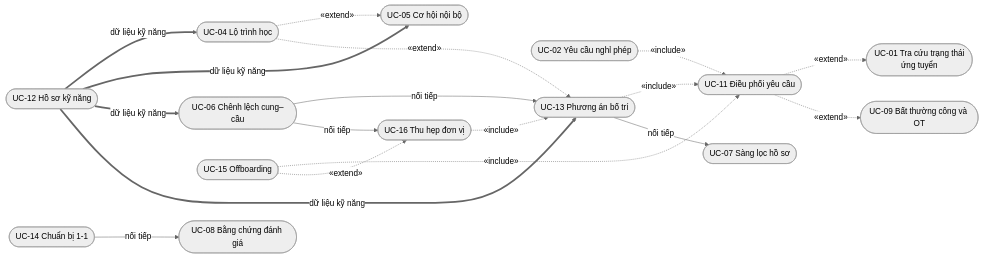
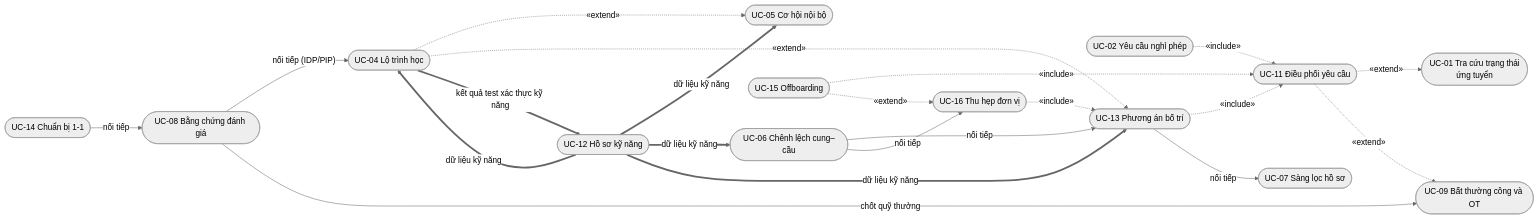
One commit to pbaodev/hrm-fuji changed the fifth of 5 diagrams in docs/03-use-cases/UC_02_Diagrams.md. Above: the diagram before and after it, drawn with Mermaid (neutral theme). The commit also changed other lines of this file and 10 other files, not shown here.

````diff
--- a/docs/03-use-cases/UC_02_Diagrams.md
+++ b/docs/03-use-cases/UC_02_Diagrams.md
@@ -220,38 +222,41 @@
 ```mermaid
 flowchart LR
     UC01(["UC-01 Tra cứu trạng thái<br/>ứng tuyển"])
     UC02(["UC-02 Yêu cầu nghỉ phép"])
     UC04(["UC-04 Lộ trình học"])
     UC05(["UC-05 Cơ hội nội bộ"])
     UC06(["UC-06 Chênh lệch cung–cầu"])
     UC07(["UC-07 Sàng lọc hồ sơ"])
     UC08(["UC-08 Bằng chứng đánh giá"])
     UC09(["UC-09 Bất thường công và OT"])
     UC11(["UC-11 Điều phối yêu cầu"])
     UC12(["UC-12 Hồ sơ kỹ năng"])
     UC13(["UC-13 Phương án bố trí"])
     UC14(["UC-14 Chuẩn bị 1-1"])
     UC15(["UC-15 Offboarding"])
     UC16(["UC-16 Thu hẹp đơn vị"])
 
     UC02 -. "«include»" .-> UC11
     UC13 -. "«include»" .-> UC11
     UC15 -. "«include»" .-> UC11
     UC16 -. "«include»" .-> UC13
 
     UC11 -. "«extend»" .-> UC01
     UC11 -. "«extend»" .-> UC09
     UC04 -. "«extend»" .-> UC05
     UC04 -. "«extend»" .-> UC13
     UC15 -. "«extend»" .-> UC16
 
     UC12 == "dữ liệu kỹ năng" ==> UC04
     UC12 == "dữ liệu kỹ năng" ==> UC05
     UC12 == "dữ liệu kỹ năng" ==> UC06
     UC12 == "dữ liệu kỹ năng" ==> UC13
+    UC04 == "kết quả test xác thực kỹ năng" ==> UC12
 
     UC06 -- "nối tiếp" --> UC13
     UC06 -- "nối tiếp" --> UC16
     UC13 -- "nối tiếp" --> UC07
     UC14 -- "nối tiếp" --> UC08
+    UC08 -- "nối tiếp (IDP/PIP)" --> UC04
+    UC08 -- "chốt quỹ thưởng" --> UC09
 ```
````
